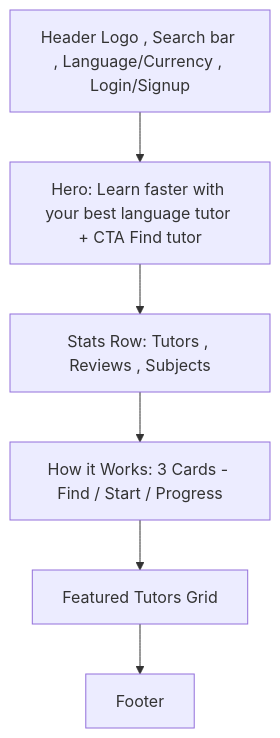
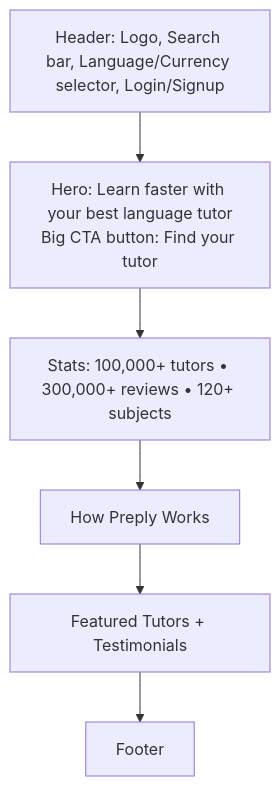
One commit to MehranDHN/HerzfeldDocuments changed the first of 8 diagrams in data/UIUXWorkflow.md. Above: the diagram before and after it, drawn with Mermaid. The commit also changed other lines of this file, not shown here.

````diff
--- a/data/UIUXWorkflow.md
+++ b/data/UIUXWorkflow.md
@@ -46,8 +46,11 @@
 ```mermaid
 flowchart TD
-    A[Header Logo , Search bar , Language/Currency , Login/Signup] --> B[Hero: Learn faster with your best language tutor + CTA Find tutor]
-    B --> C[Stats Row: Tutors , Reviews , Subjects]
-    C --> D[How it Works: 3 Cards - Find / Start / Progress]
-    D --> E[Featured Tutors Grid]
-    E --> F[Footer]
+    Header["Header: Logo, Search bar, Language/Currency selector, Login/Signup"] 
+    --> Hero["Hero: Learn faster with your best language tutor<br>Big CTA button: Find your tutor"]
+    
+    Hero --> Stats["Stats: 100,000+ tutors • 300,000+ reviews • 120+ subjects"]
+    
+    Stats --> HowItWorks["How Preply Works"]
+    HowItWorks --> Tutors["Featured Tutors + Testimonials"]
+    Tutors --> Footer["Footer"]
 ```
````
